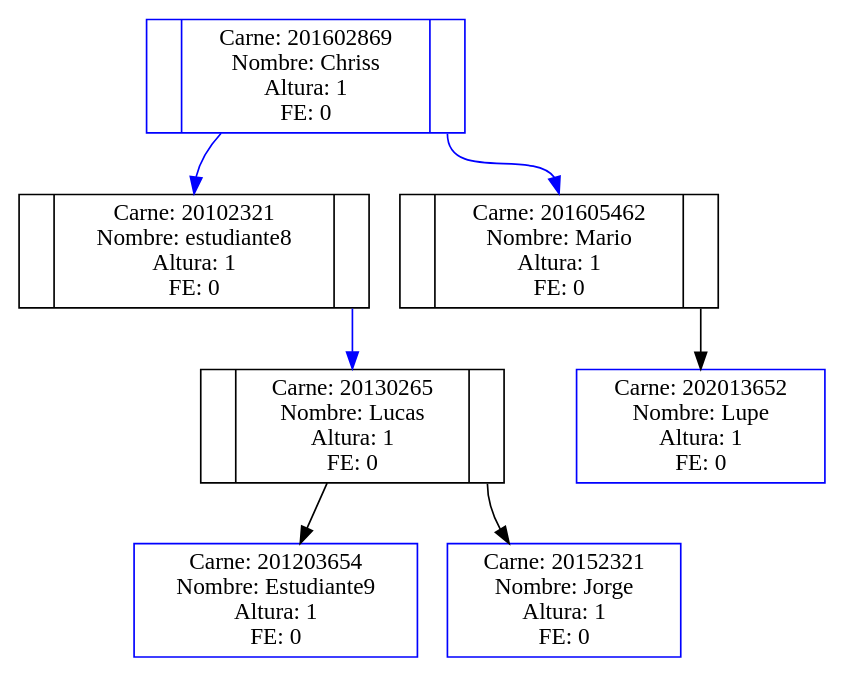
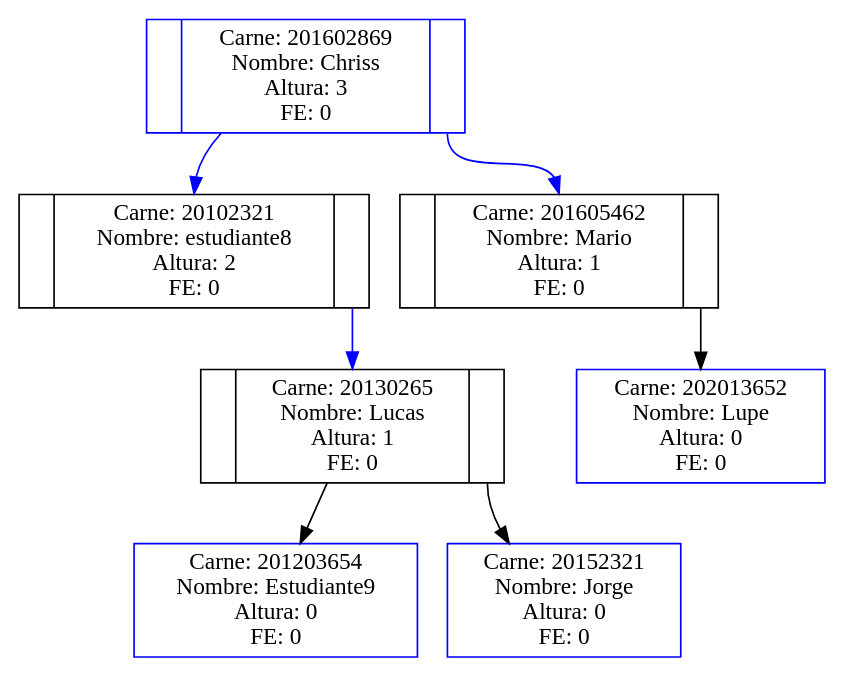
One commit to LuisRivera96/Practica2_EDD_USAC changed the diagram in DOT-Images/AVL.dot. Above: the diagram before and after it, drawn with Graphviz. The commit also changed 1 other file, not shown here.

```diff
--- a/DOT-Images/AVL.dot
+++ b/DOT-Images/AVL.dot
@@ -1,15 +1,15 @@
 digraph AVL{
 compound=true;
 node[shape="Mrecord"];
 201602869:f201602869[id=201602869, color="blue"]; 
-201602869[label=" <N 201602869 I> | <f201602869> Carne: 201602869\nNombre: Chriss\nAltura: 1\nFE: 0 | <f201602869D> " shape="record"];
+201602869[label=" <N 201602869 I> | <f201602869> Carne: 201602869\nNombre: Chriss\nAltura: 3\nFE: 0 | <f201602869D> " shape="record"];
 "201602869" : N201602869I ->  20102321:f20102321[id=20102321, color="blue"]; 
-20102321[label=" <N 20102321 I> | <f20102321> Carne: 20102321\nNombre: estudiante8\nAltura: 1\nFE: 0 | <f20102321D> " shape="record"];
+20102321[label=" <N 20102321 I> | <f20102321> Carne: 20102321\nNombre: estudiante8\nAltura: 2\nFE: 0 | <f20102321D> " shape="record"];
 "20102321" : f20102321D ->  20130265:f20130265[id=20130265, color="blue"]; 
 20130265[label=" <N 20130265 I> | <f20130265> Carne: 20130265\nNombre: Lucas\nAltura: 1\nFE: 0 | <f20130265D> " shape="record"];
-"20130265" : N20130265I ->  201203654:f 201203654[label="Carne: 201203654\nNombre: Estudiante9\nAltura: 1\nFE: 0", color="blue" shape="rectangle"]; 
-"20130265" : f20130265D ->  20152321:f 20152321[label="Carne: 20152321\nNombre: Jorge\nAltura: 1\nFE: 0", color="blue" shape="rectangle"]; 
+"20130265" : N20130265I ->  201203654:f 201203654[label="Carne: 201203654\nNombre: Estudiante9\nAltura: 0\nFE: 0", color="blue" shape="rectangle"]; 
+"20130265" : f20130265D ->  20152321:f 20152321[label="Carne: 20152321\nNombre: Jorge\nAltura: 0\nFE: 0", color="blue" shape="rectangle"]; 
 "201602869" : f201602869D ->  201605462:f201605462[id=201605462, color="blue"]; 
 201605462[label=" <N 201605462 I> | <f201605462> Carne: 201605462\nNombre: Mario\nAltura: 1\nFE: 0 | <f201605462D> " shape="record"];
-"201605462" : f201605462D ->  202013652:f 202013652[label="Carne: 202013652\nNombre: Lupe\nAltura: 1\nFE: 0", color="blue" shape="rectangle"]; 
+"201605462" : f201605462D ->  202013652:f 202013652[label="Carne: 202013652\nNombre: Lupe\nAltura: 0\nFE: 0", color="blue" shape="rectangle"]; 
 }
```
